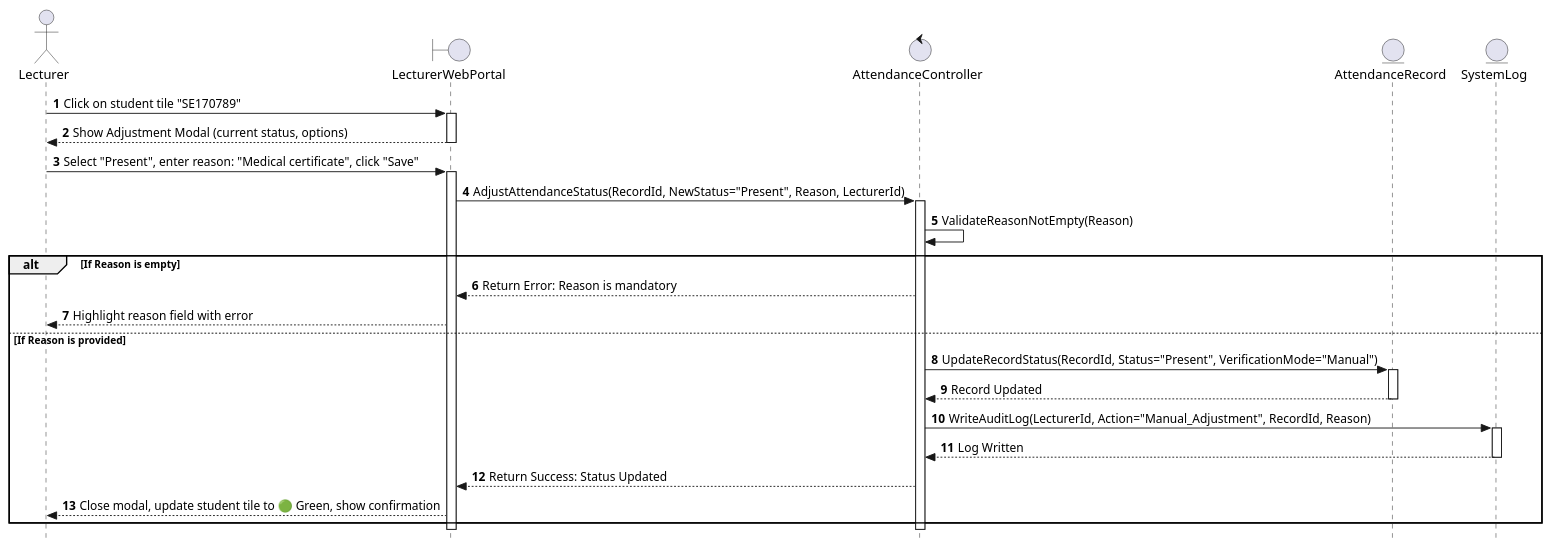
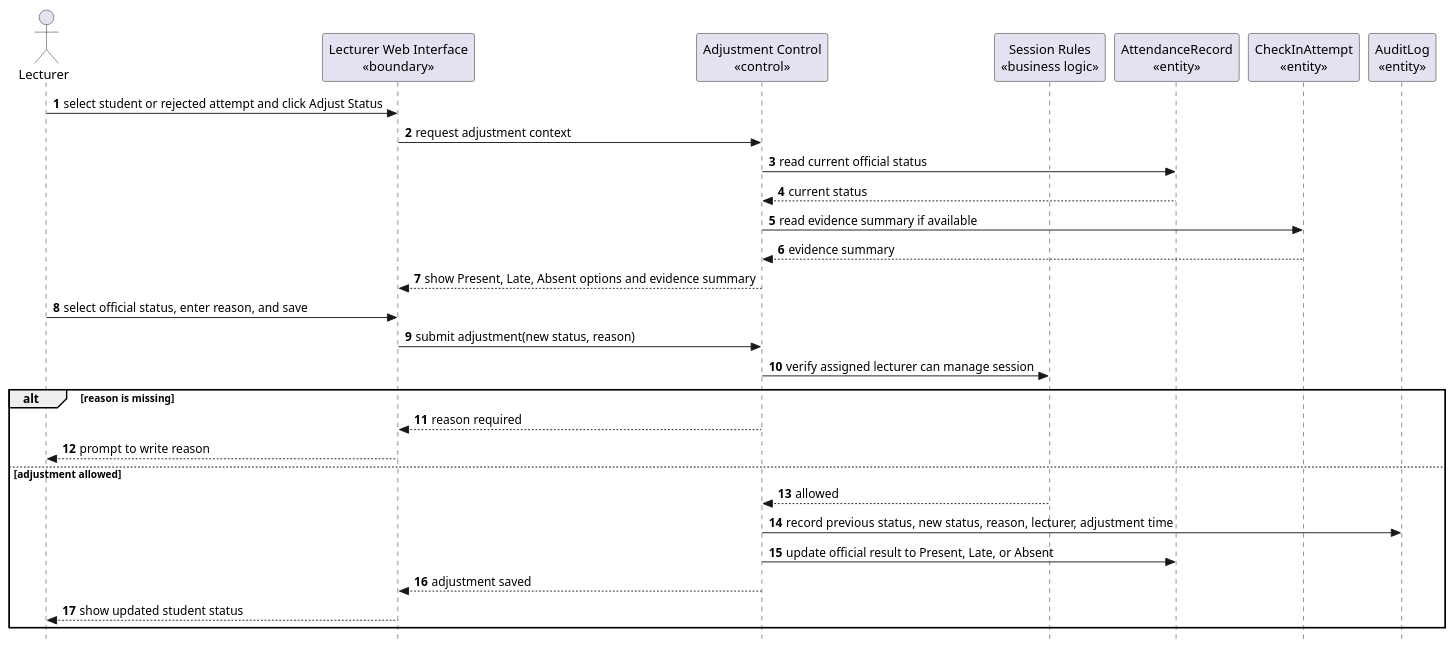
One commit to nttung42/SWD392 changed diagram 15 of 25 in docs/sds/2_Analysis.md. Above: the diagram before and after it, drawn with PlantUML. The commit also changed other lines of this file and 1 other file, not shown here.

````diff
--- a/docs/sds/2_Analysis.md
+++ b/docs/sds/2_Analysis.md
@@ -525,43 +778,35 @@
 ```plantuml
 @startuml
 skinparam style strictuml
 autonumber
-actor GV as "Lecturer"
-boundary LWP as "LecturerWebPortal"
-control AC as "AttendanceController"
-entity AR as "AttendanceRecord"
-entity SL as "SystemLog"
+actor "Lecturer" as Lecturer
+participant "Lecturer Web Interface\n«boundary»" as LecturerUI
+participant "Adjustment Control\n«control»" as AdjustmentControl
+participant "Session Rules\n«business logic»" as SessionRules
+participant "AttendanceRecord\n«entity»" as AttendanceRecord
+participant "CheckInAttempt\n«entity»" as CheckInAttempt
+participant "AuditLog\n«entity»" as AuditLog
 
-GV -> LWP : Click on student tile "SE170789"
-activate LWP
-LWP --> GV : Show Adjustment Modal (current status, options)
-deactivate LWP
+Lecturer -> LecturerUI : select student or rejected attempt and click Adjust Status
+LecturerUI -> AdjustmentControl : request adjustment context
+AdjustmentControl -> AttendanceRecord : read current official status
+AttendanceRecord --> AdjustmentControl : current status
+AdjustmentControl -> CheckInAttempt : read evidence summary if available
+CheckInAttempt --> AdjustmentControl : evidence summary
+AdjustmentControl --> LecturerUI : show Present, Late, Absent options and evidence summary
+Lecturer -> LecturerUI : select official status, enter reason, and save
+LecturerUI -> AdjustmentControl : submit adjustment(new status, reason)
+AdjustmentControl -> SessionRules : verify assigned lecturer can manage session
 
-GV -> LWP : Select "Present", enter reason: "Medical certificate", click "Save"
-activate LWP
-LWP -> AC : AdjustAttendanceStatus(RecordId, NewStatus="Present", Reason, LecturerId)
-activate AC
-
-AC -> AC : ValidateReasonNotEmpty(Reason)
-
-alt If Reason is empty
-    AC --> LWP : Return Error: Reason is mandatory
-    LWP --> GV : Highlight reason field with error
-else If Reason is provided
-    AC -> AR : UpdateRecordStatus(RecordId, Status="Present", VerificationMode="Manual")
-    activate AR
-    AR --> AC : Record Updated
-    deactivate AR
-    
-    AC -> SL : WriteAuditLog(LecturerId, Action="Manual_Adjustment", RecordId, Reason)
-    activate SL
-    SL --> AC : Log Written
-    deactivate SL
-    
-    AC --> LWP : Return Success: Status Updated
-    LWP --> GV : Close modal, update student tile to 🟢 Green, show confirmation
+alt reason is missing
+  AdjustmentControl --> LecturerUI : reason required
+  LecturerUI --> Lecturer : prompt to write reason
+else adjustment allowed
+  SessionRules --> AdjustmentControl : allowed
+  AdjustmentControl -> AuditLog : record previous status, new status, reason, lecturer, adjustment time
+  AdjustmentControl -> AttendanceRecord : update official result to Present, Late, or Absent
+  AdjustmentControl --> LecturerUI : adjustment saved
+  LecturerUI --> Lecturer : show updated student status
 end
-deactivate AC
-deactivate LWP
 @enduml
 ```
````
